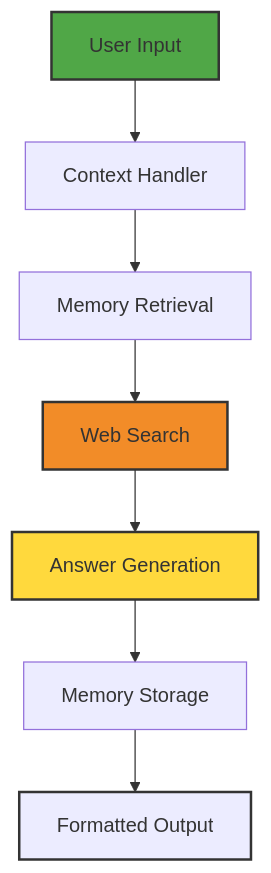
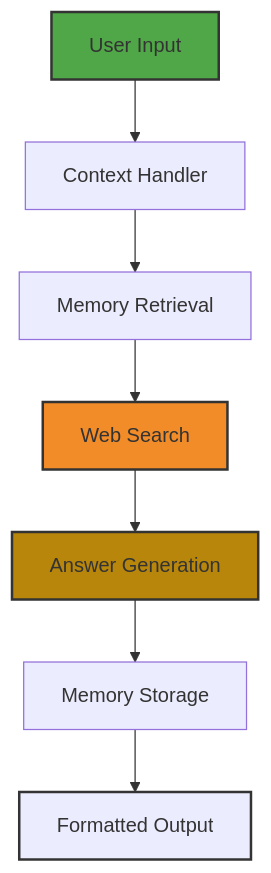
Before and after one commit to tanush1852/Search_Engine: the diagram in README.md, drawn with Mermaid.

````diff
--- a/README.md
+++ b/README.md
@@ -18,14 +18,14 @@
 ```mermaid
 graph TD
     A[User Input] --> B[Context Handler]
     B --> C[Memory Retrieval]
     C --> D[Web Search]
     D --> E[Answer Generation]
     E --> F[Memory Storage]
     F --> G[Formatted Output]
     
     style A fill:#50A747,stroke:#333,stroke-width:2px
     style G fill:##3A7CA5,stroke:#333,stroke-width:2px
     style D fill:#F28C28,stroke:#333,stroke-width:2px
-    style E fill:#FFD93D,stroke:#333,stroke-width:2px
+    style E fill:#B8860B,stroke:#333,stroke-width:2px
 ```
````
